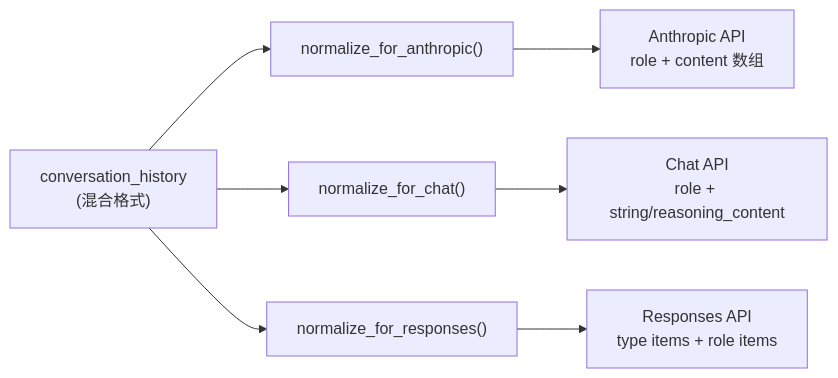
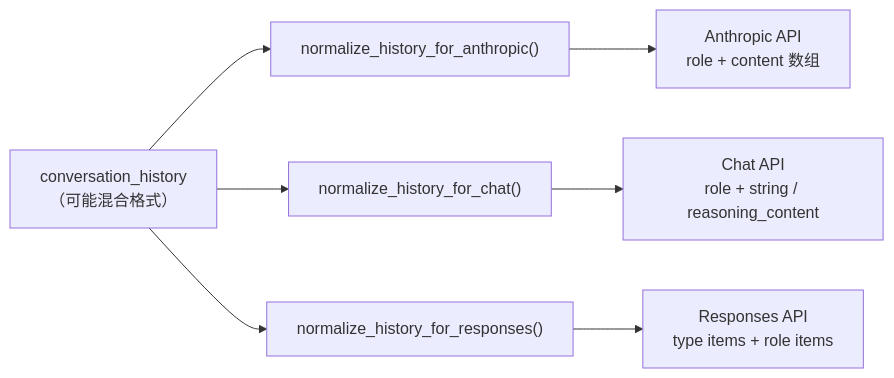
One commit to shiwenwen/hope-agent changed the eighth of 16 diagrams in docs/architecture/provider-system.md. Above: the diagram before and after it, drawn with Mermaid. The commit also changed other lines of this file and 2 other files, not shown here.

````diff
--- a/docs/architecture/provider-system.md
+++ b/docs/architecture/provider-system.md
@@ -492,11 +486,11 @@
 ```mermaid
 flowchart LR
-  H["conversation_history<br/>(混合格式)"]
-  H --> NA["normalize_for_anthropic()"]
-  H --> NC["normalize_for_chat()"]
-  H --> NR["normalize_for_responses()"]
+  H["conversation_history<br/>（可能混合格式）"]
+  H --> NA["normalize_history_for_anthropic()"]
+  H --> NC["normalize_history_for_chat()"]
+  H --> NR["normalize_history_for_responses()"]
 
   NA --> PA["Anthropic API<br/>role + content 数组"]
-  NC --> PC["Chat API<br/>role + string/reasoning_content"]
+  NC --> PC["Chat API<br/>role + string / reasoning_content"]
   NR --> PR["Responses API<br/>type items + role items"]
 ```
````
